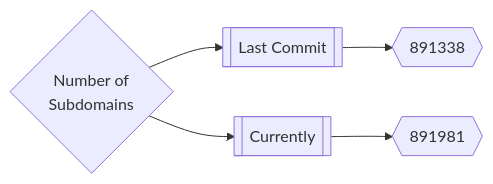
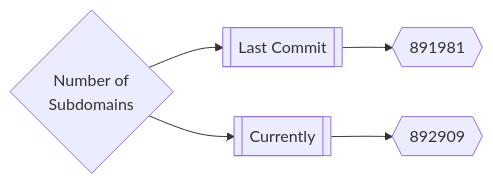
One commit to trickest/inventory changed the first of 3 diagrams in README.md. Above: the diagram before and after it, drawn with Mermaid. The commit also changed other lines of this file, not shown here.

Commit message:
Update README.md Mon Jun 27 12:54:10 UTC 2022

````diff
--- a/README.md
+++ b/README.md
@@ -167,5 +167,5 @@
 ```mermaid
 graph LR
-title{Number of<br>Subdomains} --> subdomainsDate1[[Last Commit]] --> subdomainsNum1{{891338}}
-title --> subdomainsDate2[[Currently]] --> subdomainsNum2{{891981}}
+title{Number of<br>Subdomains} --> subdomainsDate1[[Last Commit]] --> subdomainsNum1{{891981}}
+title --> subdomainsDate2[[Currently]] --> subdomainsNum2{{892909}}
 ```
````
